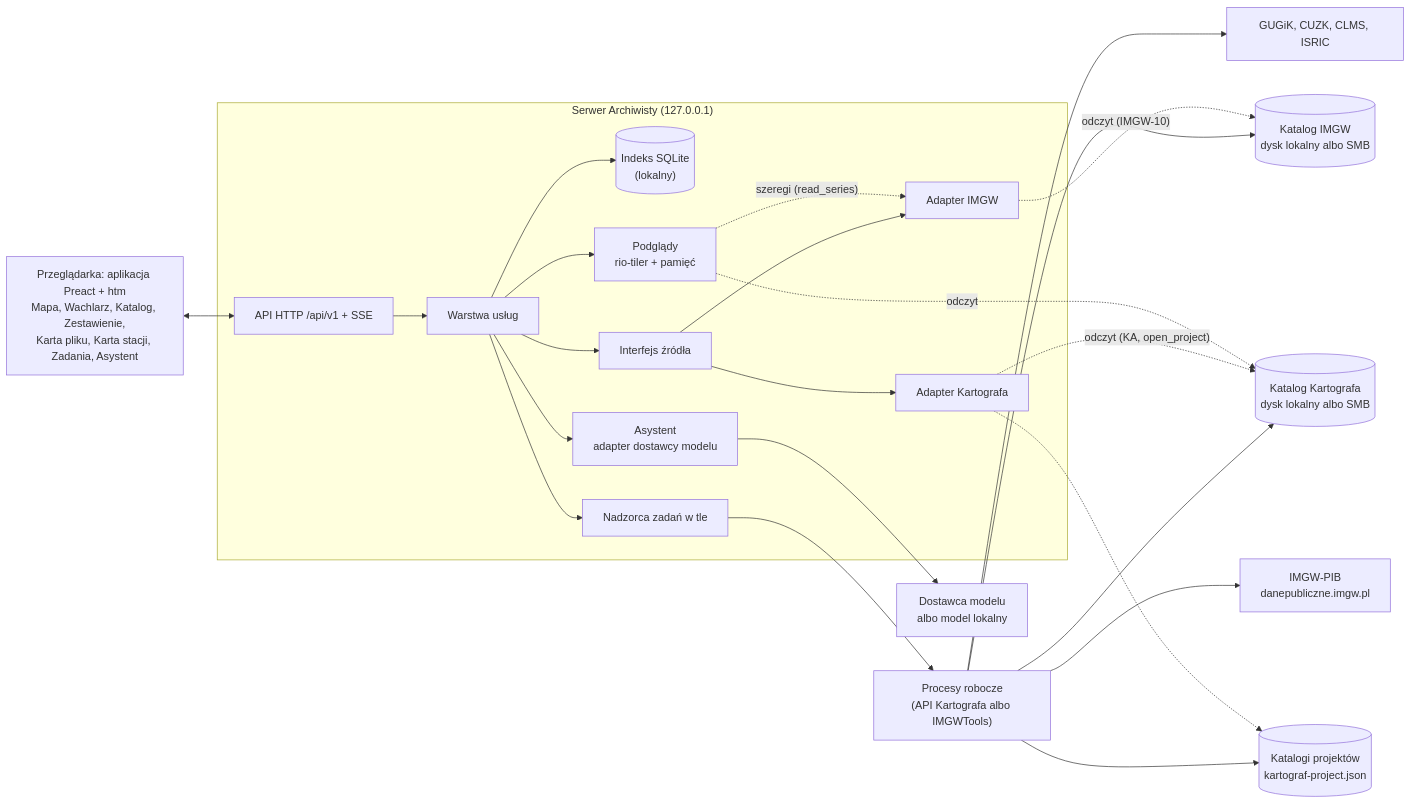
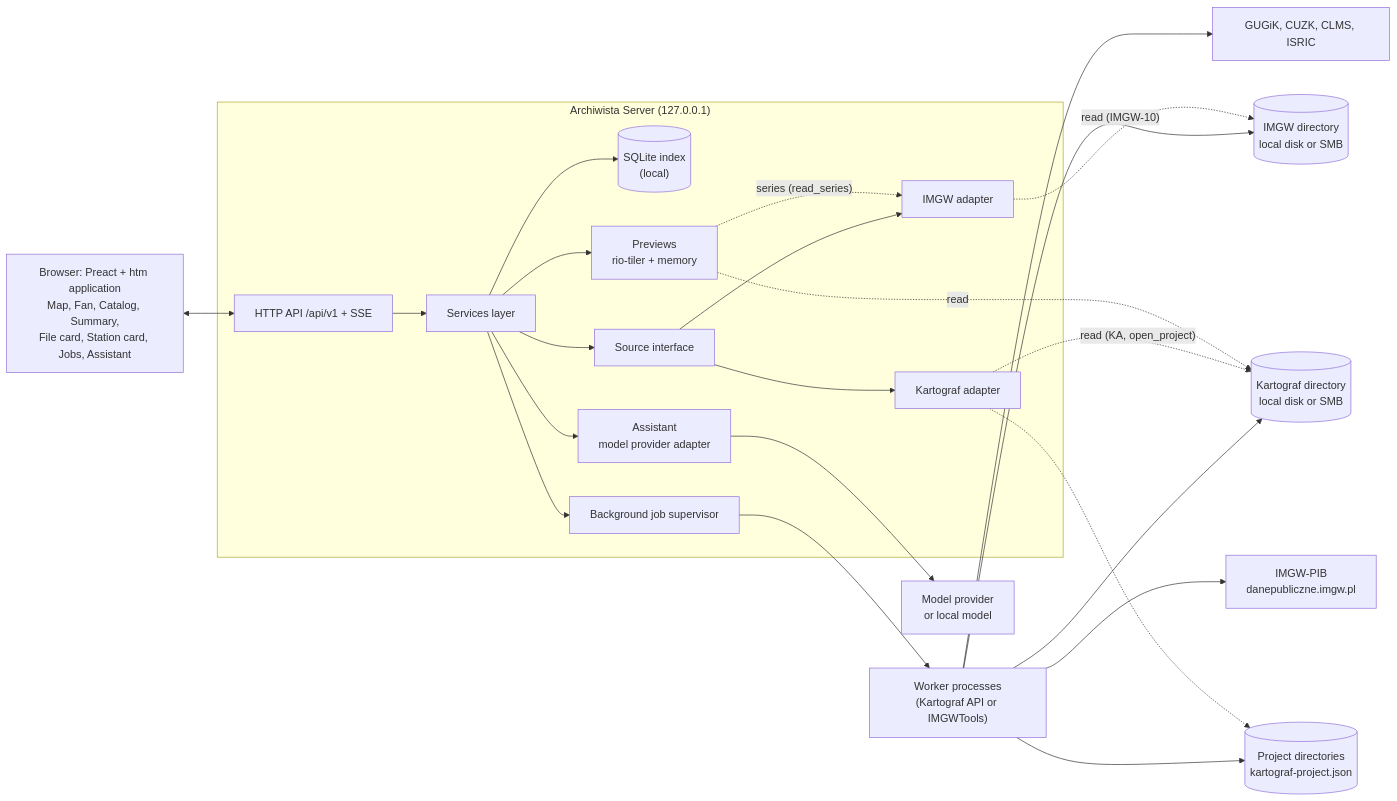
The first of 2 diagrams in docs/SPEC.md (Daldek/Archiwista), drawn with Mermaid before and after one commit. The commit also changed other lines of this file, not shown here.

````diff
--- a/docs/SPEC.md
+++ b/docs/SPEC.md
@@ -1217,43 +1142,43 @@
 ```mermaid
 flowchart LR
-  UI["Przeglądarka: aplikacja Preact + htm<br/>Mapa, Wachlarz, Katalog, Zestawienie,<br/>Karta pliku, Karta stacji, Zadania, Asystent"]
-  subgraph S["Serwer Archiwisty (127.0.0.1)"]
-    API["API HTTP /api/v1 + SSE"]
-    SVC["Warstwa usług"]
-    IDX[("Indeks SQLite<br/>(lokalny)")]
-    PRV["Podglądy<br/>rio-tiler + pamięć"]
-    SUP["Nadzorca zadań w tle"]
-    AG["Asystent<br/>adapter dostawcy modelu"]
-    SRCI["Interfejs źródła"]
-    AK["Adapter Kartografa"]
-    AI["Adapter IMGW"]
+  UI["Browser: Preact + htm application<br/>Map, Fan, Catalog, Summary,<br/>File card, Station card, Jobs, Assistant"]
+  subgraph S["Archiwista Server (127.0.0.1)"]
+    API["HTTP API /api/v1 + SSE"]
+    SVC["Services layer"]
+    IDX[("SQLite index<br/>(local)")]
+    PRV["Previews<br/>rio-tiler + memory"]
+    SUP["Background job supervisor"]
+    AG["Assistant<br/>model provider adapter"]
+    SRCI["Source interface"]
+    AK["Kartograf adapter"]
+    AI["IMGW adapter"]
   end
-  W["Procesy robocze<br/>(API Kartografa albo IMGWTools)"]
-  MAG[("Katalog Kartografa<br/>dysk lokalny albo SMB")]
-  MIG[("Katalog IMGW<br/>dysk lokalny albo SMB")]
-  PRJ[("Katalogi projektów<br/>kartograf-project.json")]
+  W["Worker processes<br/>(Kartograf API or IMGWTools)"]
+  MAG[("Kartograf directory<br/>local disk or SMB")]
+  MIG[("IMGW directory<br/>local disk or SMB")]
+  PRJ[("Project directories<br/>kartograf-project.json")]
   SRC["GUGiK, CUZK, CLMS, ISRIC"]
   SIM["IMGW-PIB<br/>danepubliczne.imgw.pl"]
-  LLM["Dostawca modelu<br/>albo model lokalny"]
+  LLM["Model provider<br/>or local model"]
   UI <--> API
   API --> SVC
   SVC --> IDX
   SVC --> PRV
   SVC --> SUP
   SVC --> AG
   SVC --> SRCI
   SRCI --> AK
   SRCI --> AI
   AG --> LLM
   SUP --> W
   W --> MAG
   W --> MIG
   W --> PRJ
   W --> SRC
   W --> SIM
-  AK -. "odczyt (KA, open_project)" .-> MAG
+  AK -. "read (KA, open_project)" .-> MAG
   AK -.-> PRJ
-  AI -. "odczyt (IMGW-10)" .-> MIG
-  PRV -. odczyt .-> MAG
-  PRV -. "szeregi (read_series)" .-> AI
+  AI -. "read (IMGW-10)" .-> MIG
+  PRV -. read .-> MAG
+  PRV -. "series (read_series)" .-> AI
 ```
````
